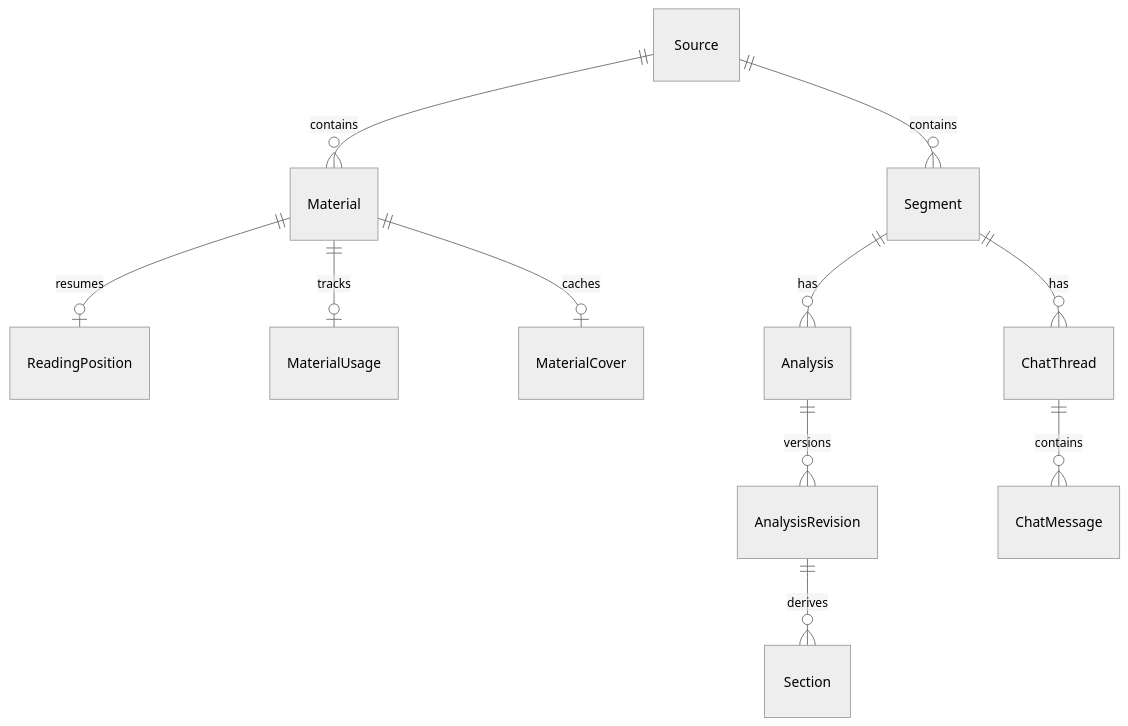
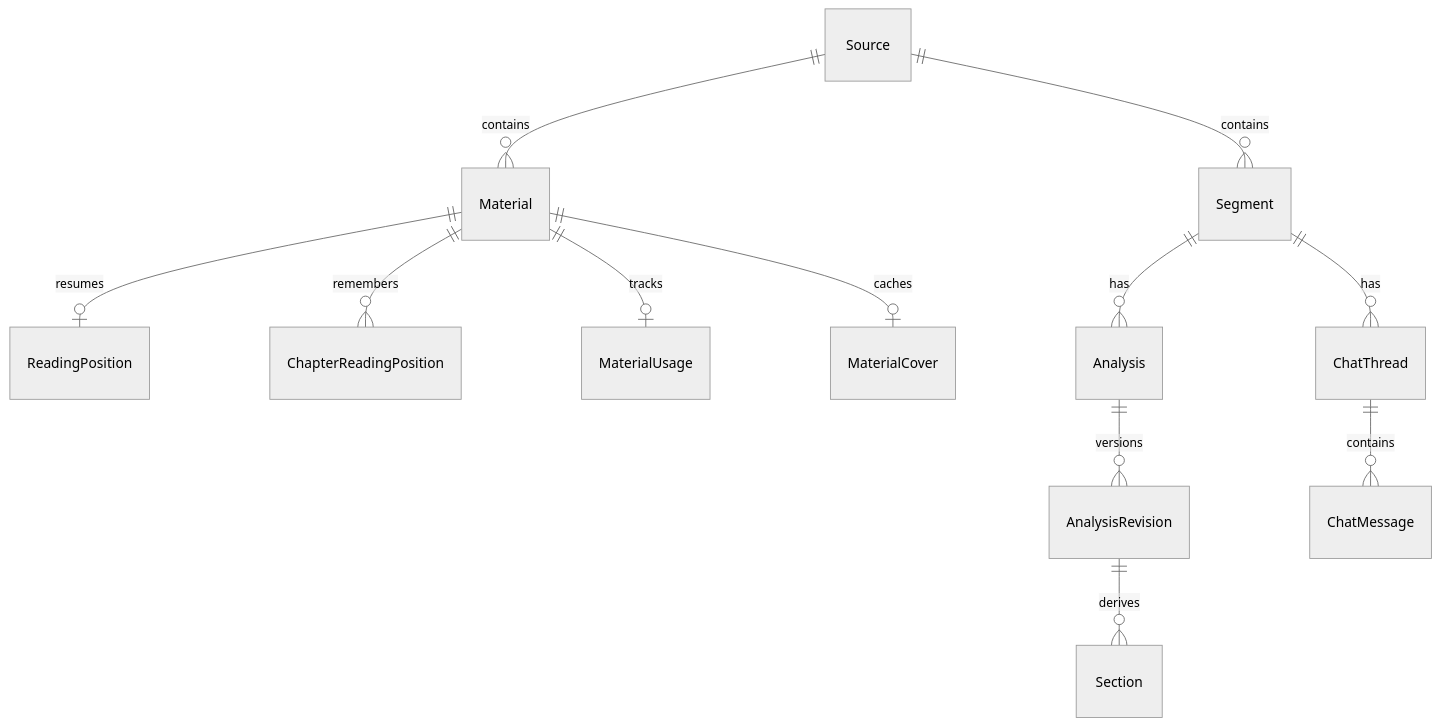
Before and after one commit to 5945ggh/folio-j: the third of 3 diagrams in docs/ARCHITECTURE.md, drawn with Mermaid (neutral theme). The commit also changed other lines of this file and 28 other files, not shown here.

````diff
--- a/docs/ARCHITECTURE.md
+++ b/docs/ARCHITECTURE.md
@@ -149,13 +157,14 @@
 ```mermaid
 erDiagram
   Source ||--o{ Segment : contains
   Source ||--o{ Material : contains
   Material ||--o| ReadingPosition : resumes
+  Material ||--o{ ChapterReadingPosition : remembers
   Material ||--o| MaterialUsage : tracks
   Material ||--o| MaterialCover : caches
   Segment ||--o{ Analysis : has
   Analysis ||--o{ AnalysisRevision : versions
   AnalysisRevision ||--o{ Section : derives
   Segment ||--o{ ChatThread : has
   ChatThread ||--o{ ChatMessage : contains
 ```
````
